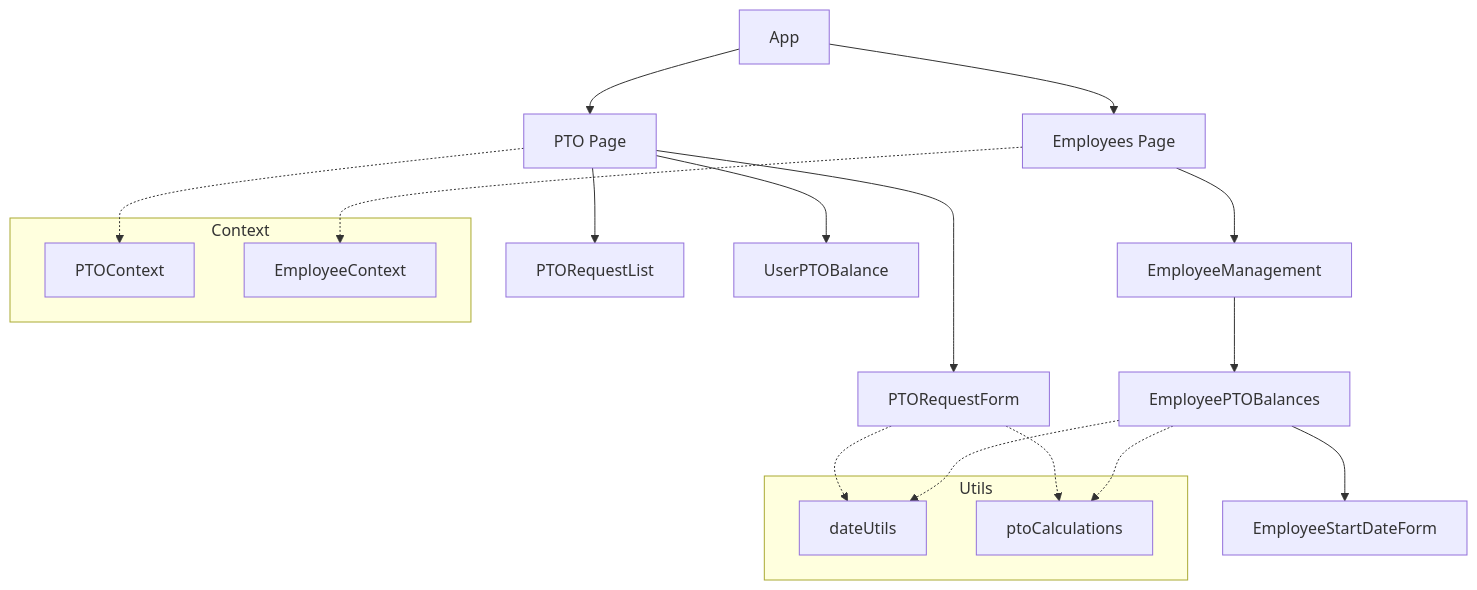
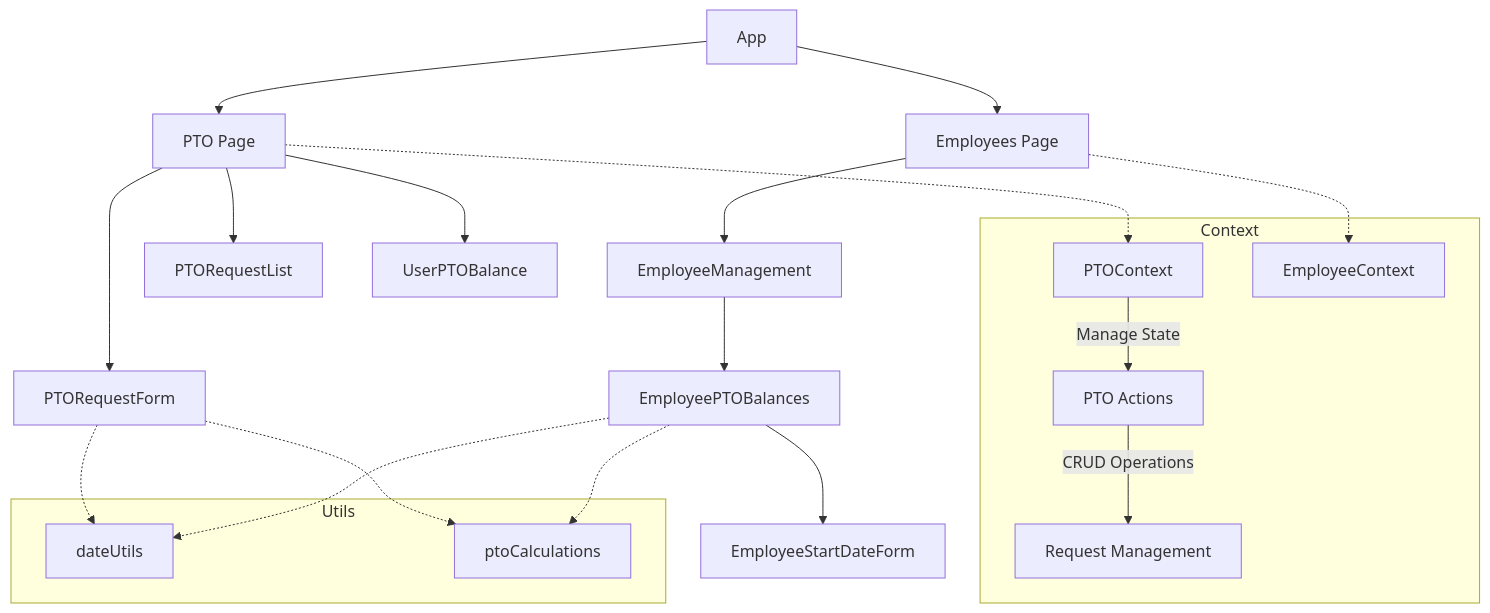
One commit to l2laihub/employee-time-tracking-app changed the first of 3 diagrams in docs/features/pto/pto-feature-technical.md. Above: the diagram before and after it, drawn with Mermaid. The commit also changed other lines of this file and 1 other file, not shown here.

Commit message:
updated pto docs

````diff
--- a/docs/features/pto/pto-feature-technical.md
+++ b/docs/features/pto/pto-feature-technical.md
@@ -37,26 +37,28 @@
 ```mermaid
 graph TD
     A[App] --> B[PTO Page]
     A --> C[Employees Page]
     B --> D[PTORequestForm]
     B --> E[PTORequestList]
     B --> F[UserPTOBalance]
     C --> G[EmployeeManagement]
     G --> H[EmployeePTOBalances]
     H --> I[EmployeeStartDateForm]
     
     subgraph Context
         J[PTOContext]
         K[EmployeeContext]
+        J -->|Manage State| L[PTO Actions]
+        L -->|CRUD Operations| M[Request Management]
     end
     
     subgraph Utils
-        L[dateUtils]
-        M[ptoCalculations]
+        N[dateUtils]
+        O[ptoCalculations]
     end
     
     B -.-> J
     C -.-> K
-    D -.-> L & M
-    H -.-> L & M
+    D -.-> N & O
+    H -.-> N & O
 ```
````
